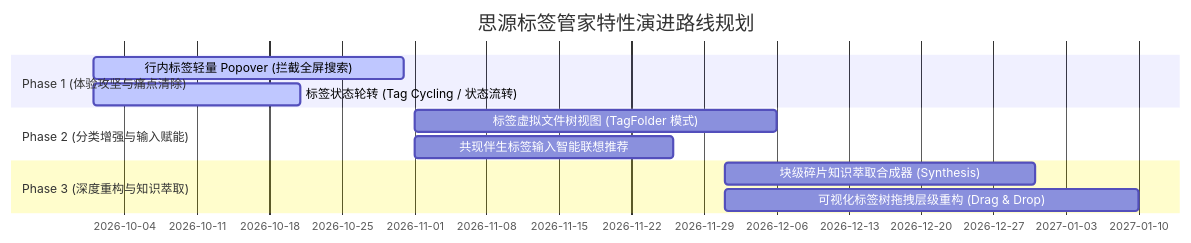
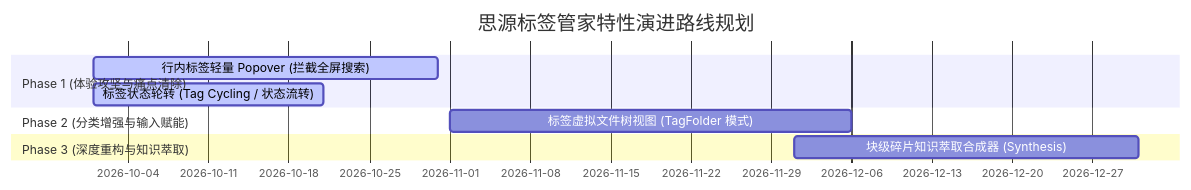
The second of 2 diagrams in docs/obsidian-comparison-and-feature-roadmap.md (famotime/siyuan-tag-manager), drawn with Mermaid before and after one commit. The commit also changed other lines of this file and 75 other files, not shown here.

````diff
--- a/docs/obsidian-comparison-and-feature-roadmap.md
+++ b/docs/obsidian-comparison-and-feature-roadmap.md
@@ -212,14 +197,12 @@
 ```mermaid
 gantt
     title 思源标签管家特性演进路线规划
     dateFormat  YYYY-MM
     section Phase 1 (体验攻坚与痛点清除)
     行内标签轻量 Popover (拦截全屏搜索)       :active, p1_1, 2026-10, 30d
     标签状态轮转 (Tag Cycling / 状态流转)     :active, p1_2, 2026-10, 20d
     section Phase 2 (分类增强与输入赋能)
     标签虚拟文件树视图 (TagFolder 模式)       :p2_1, 2026-11, 35d
-    共现伴生标签输入智能联想推荐              :p2_2, 2026-11, 25d
     section Phase 3 (深度重构与知识萃取)
     块级碎片知识萃取合成器 (Synthesis)        :p3_1, 2026-12, 30d
-    可视化标签树拖拽层级重构 (Drag & Drop)    :p3_2, 2026-12, 40d
 ```
````
